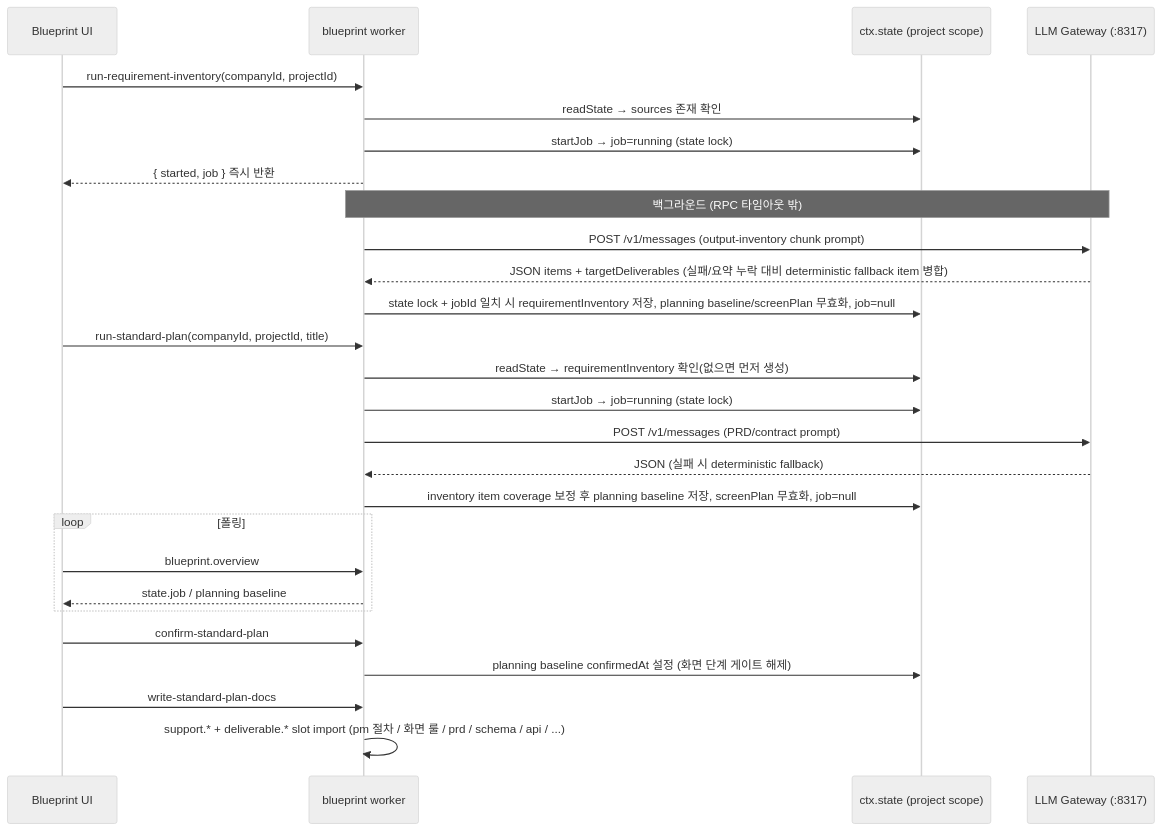
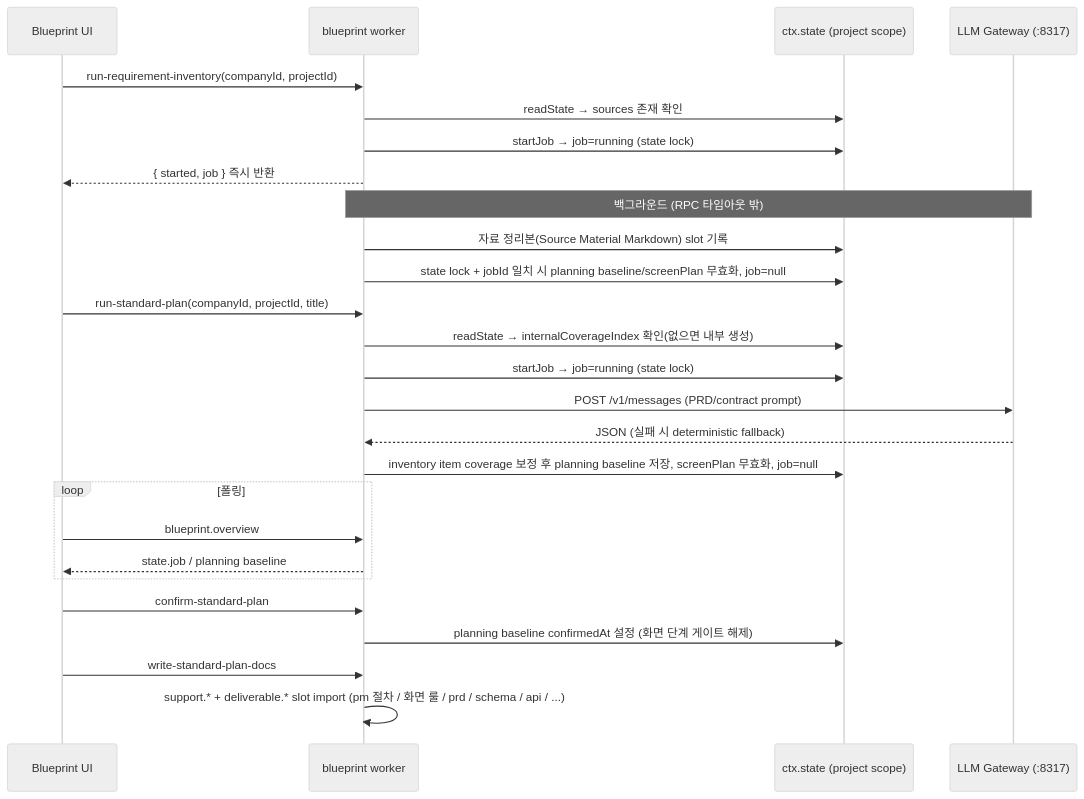
Before and after one commit to BBrightcode-atlas/company-os-v2: the third of 5 diagrams in bbr-plugins/builder/README.md, drawn with Mermaid (neutral theme). The commit also changed other lines of this file and 7 other files, not shown here.

Commit message:
fix(builder): use source material markdown deliverable

````diff
--- a/bbr-plugins/builder/README.md
+++ b/bbr-plugins/builder/README.md
@@ -121,30 +121,29 @@
 ```mermaid
 sequenceDiagram
   participant UI as Blueprint UI
   participant W as blueprint worker
   participant S as ctx.state (project scope)
   participant L as LLM Gateway (:8317)
 
   UI->>W: run-requirement-inventory(companyId, projectId)
   W->>S: readState → sources 존재 확인
   W->>S: startJob → job=running (state lock)
   W-->>UI: { started, job } 즉시 반환
   Note over W,L: 백그라운드 (RPC 타임아웃 밖)
-  W->>L: POST /v1/messages (output-inventory chunk prompt)
-  L-->>W: JSON items + targetDeliverables (실패/요약 누락 대비 deterministic fallback item 병합)
-  W->>S: state lock + jobId 일치 시 requirementInventory 저장, planning baseline/screenPlan 무효화, job=null
+  W->>S: 자료 정리본(Source Material Markdown) slot 기록
+  W->>S: state lock + jobId 일치 시 planning baseline/screenPlan 무효화, job=null
   UI->>W: run-standard-plan(companyId, projectId, title)
-  W->>S: readState → requirementInventory 확인(없으면 먼저 생성)
+  W->>S: readState → internalCoverageIndex 확인(없으면 내부 생성)
   W->>S: startJob → job=running (state lock)
   W->>L: POST /v1/messages (PRD/contract prompt)
   L-->>W: JSON (실패 시 deterministic fallback)
   W->>S: inventory item coverage 보정 후 planning baseline 저장, screenPlan 무효화, job=null
   loop 폴링
     UI->>W: blueprint.overview
     W-->>UI: state.job / planning baseline
   end
   UI->>W: confirm-standard-plan
   W->>S: planning baseline confirmedAt 설정 (화면 단계 게이트 해제)
   UI->>W: write-standard-plan-docs
   W->>W: support.* + deliverable.* slot import (pm 절차 / 화면 룰 / prd / schema / api / ...)
 ```
````
